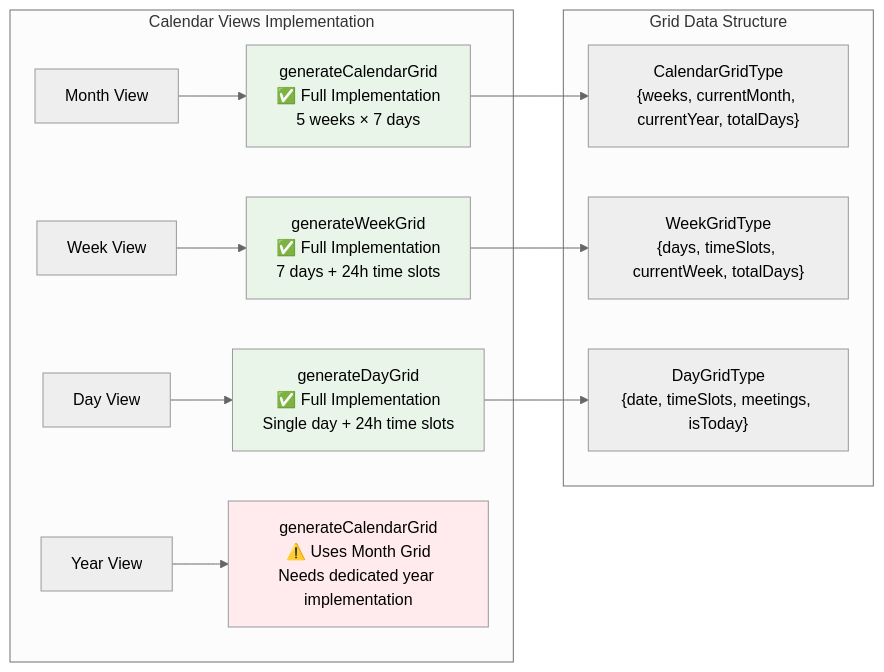
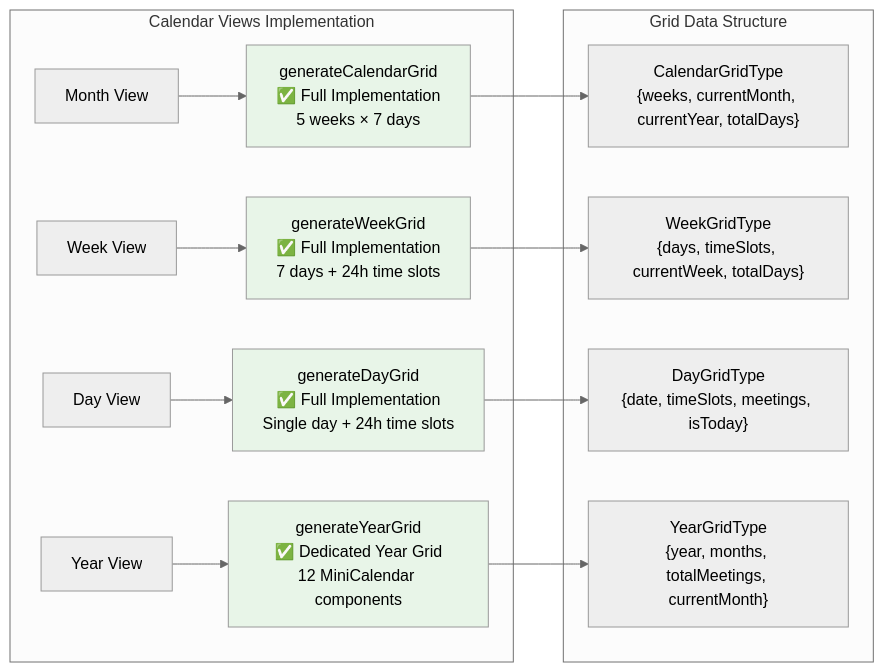
Before and after one commit to wakidurrahman/meeting-schedule-apps: the third of 8 diagrams in docs/MEETING_SCHEDULER_IMPLEMENTATION.md, drawn with Mermaid (neutral theme). The commit also changed other lines of this file and 8 other files, not shown here.

````diff
--- a/docs/MEETING_SCHEDULER_IMPLEMENTATION.md
+++ b/docs/MEETING_SCHEDULER_IMPLEMENTATION.md
@@ -898,20 +964,21 @@
 ```mermaid
 graph LR
     subgraph "Calendar Views Implementation"
         A[Month View] --> B["generateCalendarGrid<br/>✅ Full Implementation<br/>5 weeks × 7 days"]
         C[Week View] --> D["generateWeekGrid<br/>✅ Full Implementation<br/>7 days + 24h time slots"]
         E[Day View] --> F["generateDayGrid<br/>✅ Full Implementation<br/>Single day + 24h time slots"]
-        G[Year View] --> H["generateCalendarGrid<br/>⚠️ Uses Month Grid<br/>Needs dedicated year implementation"]
+        G[Year View] --> H["generateYearGrid<br/>✅ Dedicated Year Grid<br/>12 MiniCalendar components"]
     end
 
     subgraph "Grid Data Structure"
         B --> I["CalendarGridType<br/>{weeks, currentMonth, currentYear, totalDays}"]
         D --> J["WeekGridType<br/>{days, timeSlots, currentWeek, totalDays}"]
         F --> K["DayGridType<br/>{date, timeSlots, meetings, isToday}"]
+        H --> L["YearGridType<br/>{year, months, totalMeetings, currentMonth}"]
     end
 
-    style H fill:#ffebee
+    style H fill:#e8f5e8
     style B fill:#e8f5e8
     style D fill:#e8f5e8
     style F fill:#e8f5e8
 ```
````
